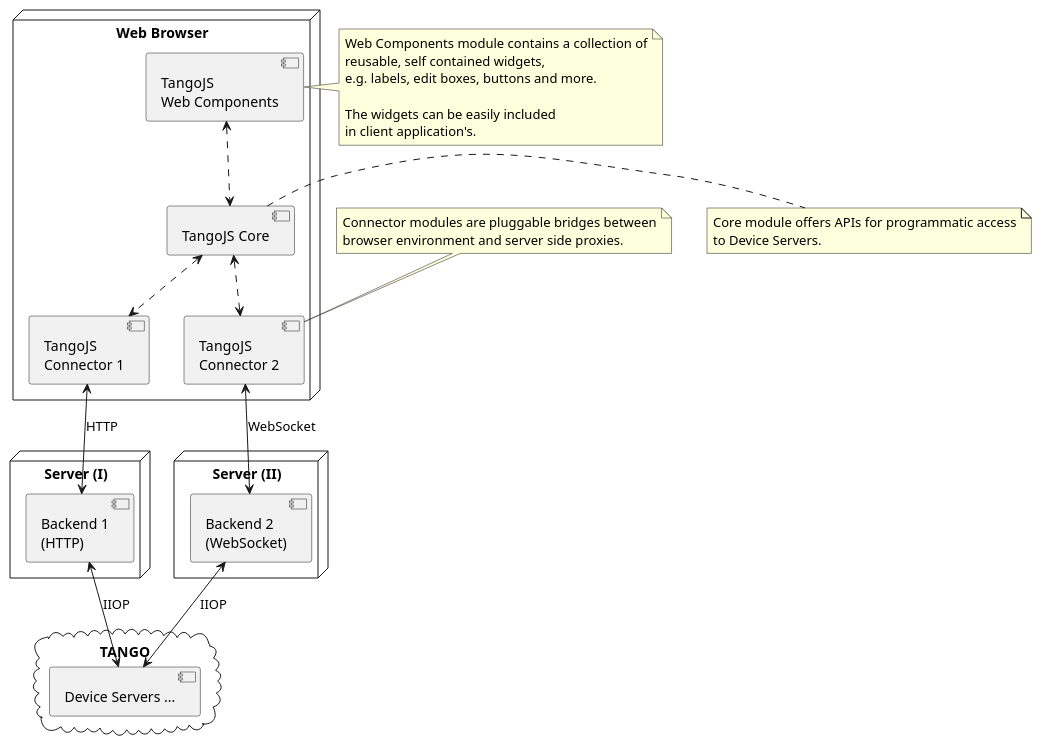
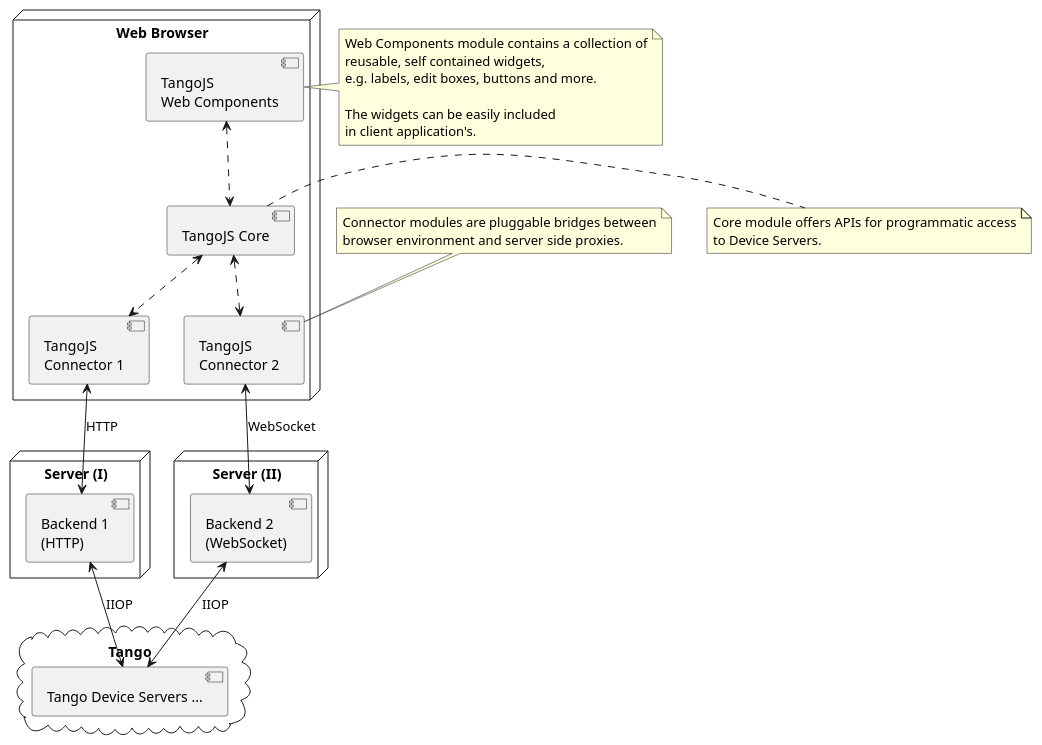
The diagram in papers/case-study/figures/uml-source/03-tangojs-architecture-simple.pu (mliszcz/msc-thesis), drawn with PlantUML before and after one commit. The commit also changed 4 other files, not shown here.

```diff
--- a/papers/case-study/figures/uml-source/03-tangojs-architecture-simple.pu
+++ b/papers/case-study/figures/uml-source/03-tangojs-architecture-simple.pu
@@ -1,51 +1,51 @@
 @startuml
 
 top to bottom direction
 
 node "Web Browser" {
   [TangoJS\nWeb Components] as WC
   [TangoJS Core] as Core
   [TangoJS\nConnector 1] as C1
   [TangoJS\nConnector 2] as C2
 }
 
 node "Server (I)" {
   [Backend 1\n(HTTP)] as B1
 }
 
 node "Server (II)" {
   [Backend 2\n(WebSocket)] as B2
 }
 
-cloud "TANGO" {
-  [Device Servers ...] as DevSrv
+cloud "Tango" {
+  [Tango Device Servers ...] as DevSrv
 }
 
 WC <.d.> Core
 Core <.d.> C1
 Core <.d.> C2
 C1 <--> B1 : HTTP
 C2 <--> B2 : WebSocket
 B1 <-do-> [DevSrv] : IIOP
 B2 <-do-> [DevSrv] : IIOP
 
 note right of WC
   Web Components module contains a collection of
   reusable, self contained widgets,
   e.g. labels, edit boxes, buttons and more.
 
   The widgets can be easily included
   in client application's.
 end note
 
 note right of Core
   Core module offers APIs for programmatic access
   to Device Servers.
 end note
 
 note top of C2
   Connector modules are pluggable bridges between
   browser environment and server side proxies.
 end note
 
 @enduml
```
